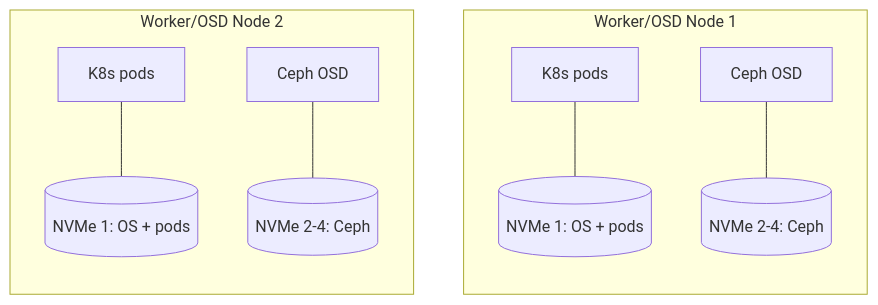
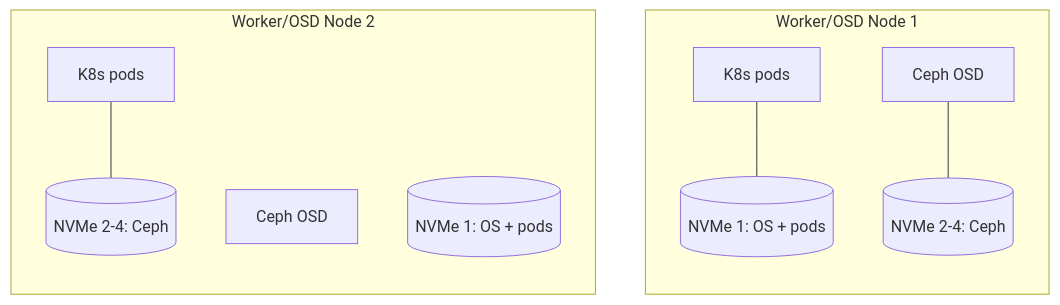
One commit to kube-dojo/kube-dojo changed the third of 4 diagrams in src/content/docs/on-premises/storage/module-4.1-storage-architecture.md. Above: the diagram before and after it, drawn with Mermaid. The commit also changed other lines of this file and 3 other files, not shown here.

````diff
--- a/src/content/docs/on-premises/storage/module-4.1-storage-architecture.md
+++ b/src/content/docs/on-premises/storage/module-4.1-storage-architecture.md
@@ -171,22 +271,21 @@
 ```mermaid
 flowchart TD
     subgraph Node1 [Worker/OSD Node 1]
         direction TB
         P1[K8s pods]
         C1[Ceph OSD]
         N1_1[(NVMe 1: OS + pods)]
         N1_2[(NVMe 2-4: Ceph)]
         P1 --- N1_1
         C1 --- N1_2
     end
 
     subgraph Node2 [Worker/OSD Node 2]
         direction TB
         P2[K8s pods]
         C2[Ceph OSD]
         N2_1[(NVMe 1: OS + pods)]
         N2_2[(NVMe 2-4: Ceph)]
-        P2 --- N2_1
-        C2 --- N2_2
+        P2 --- N2_2
     end
 ```
````
